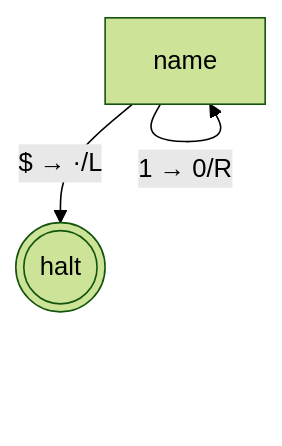
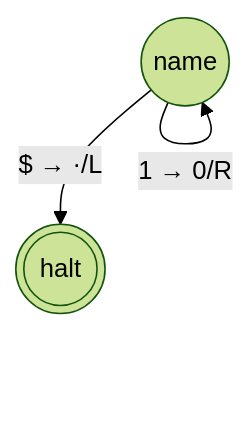
One commit to mellonis/turing-machine-js changed the second of 3 diagrams in packages/machine/README.md. Above: the diagram before and after it, drawn with Mermaid (forest theme). The commit also changed 1 other file, not shown here.

Commit message:
docs(machine) + test(machine): pin toMermaid example with a real test
Two fixes from your "did you really export that" review:

1. **README node shape was wrong.** The engine emits `s1(("name"))`
   (round node) for non-halt states; I'd hand-written `s1["name"]`
   (rectangle). Verified by actually running toMermaid on the example
   State; updated the README to match.

2. **Added a doc-test in graph.spec.ts** that pins the exact toMermaid
   output for the State construction shown in the README. If a future
   refactor changes how toMermaid emits, the test fails and someone
   has to update both the engine and the README in lockstep — docs
   can't drift.

Test count: 39 → 40 in graph.spec.ts. (Total suite: 394 → 395.)

````diff
--- a/packages/machine/README.md
+++ b/packages/machine/README.md
@@ -234,8 +234,8 @@
 ```mermaid
 flowchart TD
 %% alphabets: [[" ","0","1","$"]]
   s0(((halt)))
-  s1["name"]
+  s1(("name"))
   s1 -- "1 → 0/R" --> s1
   s1 -- "$ → ·/L" --> s0
 ```
````
